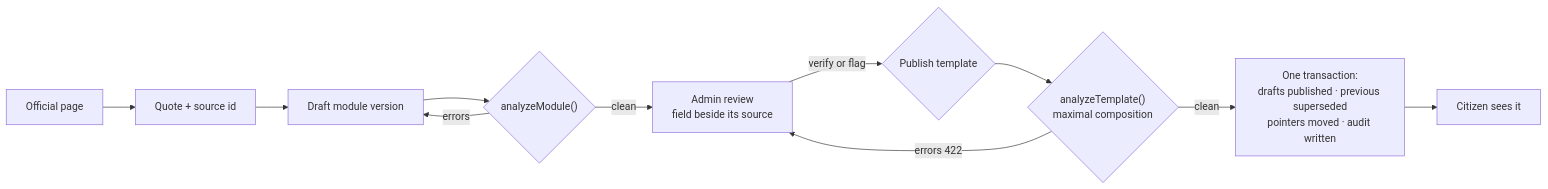
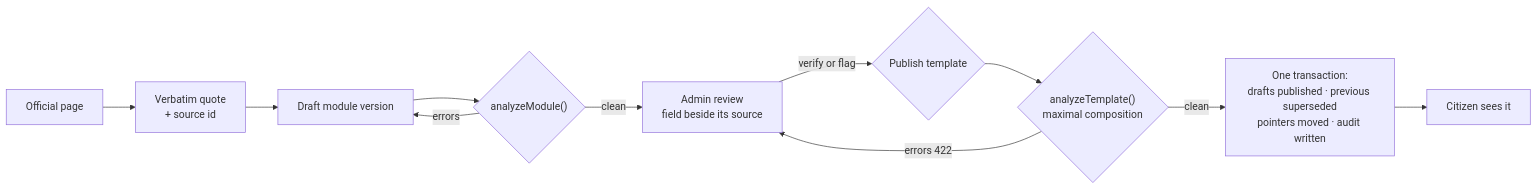
Before and after one commit to Gurpreet-pixel-hue/DamnSon: the third of 4 diagrams in docs/ppt-assets/slidedeck-prompt.md, drawn with Mermaid. The commit also changed other lines of this file and 1 other file, not shown here.

````diff
--- a/docs/ppt-assets/slidedeck-prompt.md
+++ b/docs/ppt-assets/slidedeck-prompt.md
@@ -92,13 +86,13 @@
 ```mermaid
 flowchart LR
-  S["Official page"] --> Q["Quote + source id"]
+  S["Official page"] --> Q["Verbatim quote<br/>+ source id"]
   Q --> D["Draft module version"]
   D --> AZ{"analyzeModule()"}
   AZ -->|errors| D
   AZ -->|clean| R["Admin review<br/>field beside its source"]
   R -->|verify or flag| P{"Publish template"}
   P --> AT{"analyzeTemplate()<br/>maximal composition"}
   AT -->|errors 422| R
   AT -->|clean| TX["One transaction:<br/>drafts published · previous superseded<br/>pointers moved · audit written"]
   TX --> CIT["Citizen sees it"]
 ```
````
